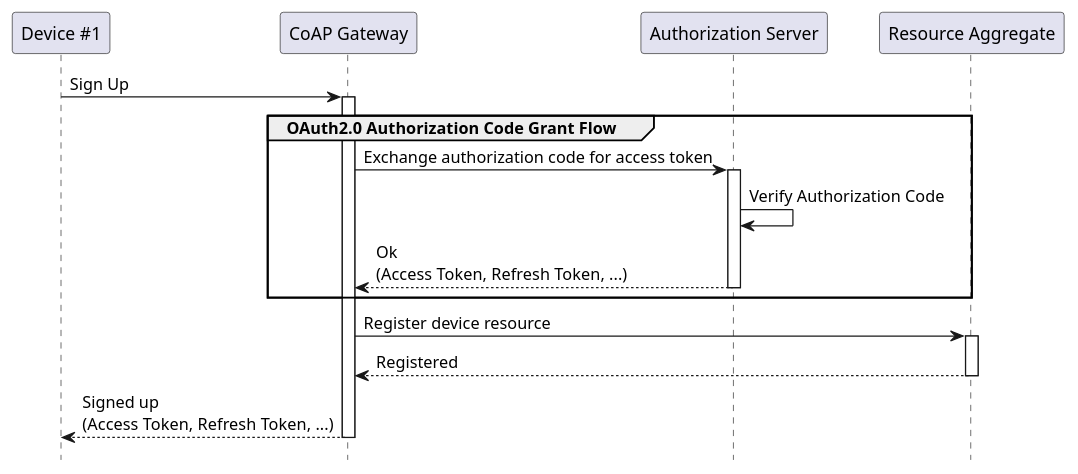
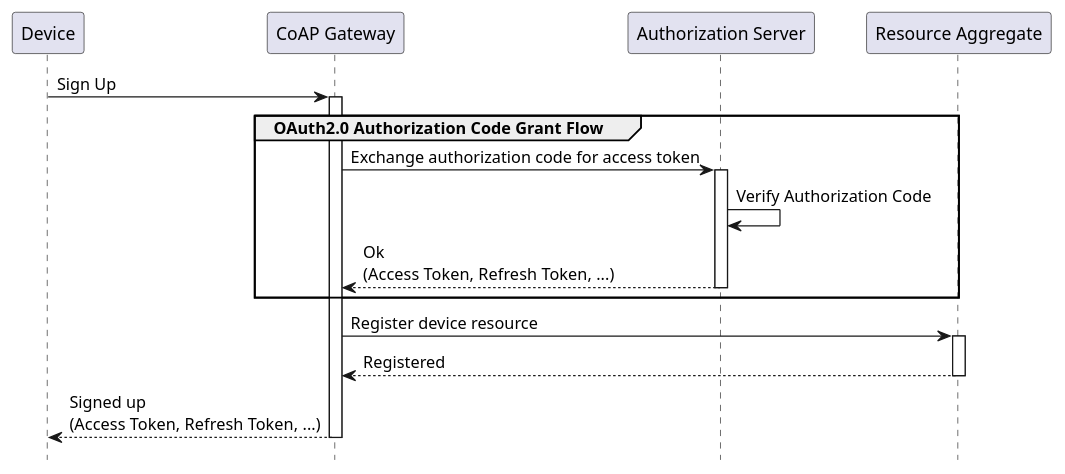
One commit to plgd-dev/hub changed the second of 4 diagrams in docs/guide/architecture/system-overview.md. Above: the diagram before and after it, drawn with PlantUML. The commit also changed other lines of this file and 1 other file, not shown here.

Commit message:
[doc] extend coap-gw flow diagram

```diff
--- a/docs/guide/architecture/system-overview.md
+++ b/docs/guide/architecture/system-overview.md
@@ -18,19 +44,19 @@
 @startuml Sequence
 hide footbox
 
-participant D1 as "Device #1"
+participant D as "Device"
 participant CGW as "CoAP Gateway"
 participant AS as "Authorization Server"
 participant RA as "Resource Aggregate"
 
-D1 -> CGW ++: Sign Up
+D -> CGW ++: Sign Up
 group OAuth2.0 Authorization Code Grant Flow
     CGW -> AS ++: Exchange authorization code for access token
     AS -> AS: Verify Authorization Code
     return Ok\n(Access Token, Refresh Token, ...)
 end
 CGW -> RA ++: Register device resource
 return Registered
 return Signed up\n(Access Token, Refresh Token, ...)
 
 @enduml
```
